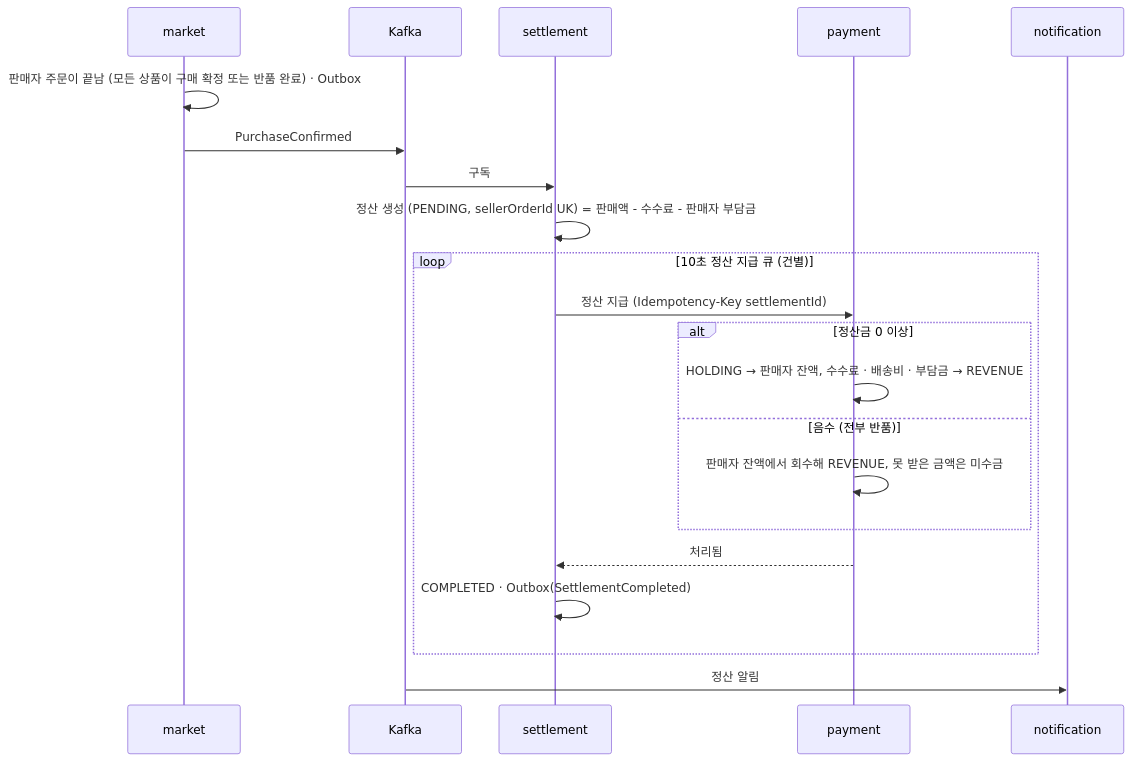
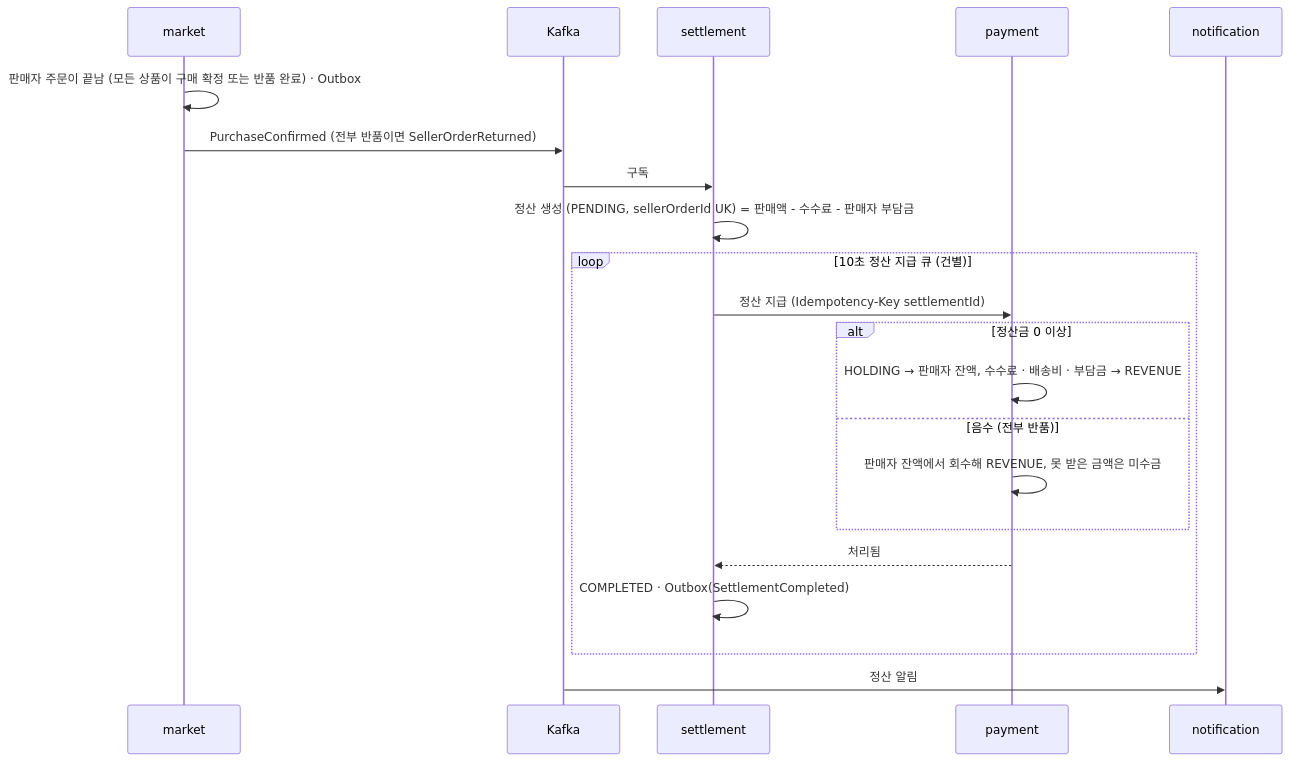
One commit to prgrms-be-adv-devcourse/beadv8_8_JustCommit_BE changed the diagram in docs/flows/confirm-settlement.md. Above: the diagram before and after it, drawn with Mermaid. The commit also changed other lines of this file and 8 other files, not shown here.

````diff
--- a/docs/flows/confirm-settlement.md
+++ b/docs/flows/confirm-settlement.md
@@ -8,23 +8,23 @@
 ```mermaid
 sequenceDiagram
     participant M as market
     participant K as Kafka
     participant S as settlement
     participant P as payment
     participant N as notification
     M->>M: 판매자 주문이 끝남 (모든 상품이 구매 확정 또는 반품 완료) · Outbox
-    M->>K: PurchaseConfirmed
+    M->>K: PurchaseConfirmed (전부 반품이면 SellerOrderReturned)
     K->>S: 구독
     S->>S: 정산 생성 (PENDING, sellerOrderId UK) = 판매액 - 수수료 - 판매자 부담금
     loop 10초 정산 지급 큐 (건별)
         S->>P: 정산 지급 (Idempotency-Key settlementId)
         alt 정산금 0 이상
             P->>P: HOLDING → 판매자 잔액, 수수료 · 배송비 · 부담금 → REVENUE
         else 음수 (전부 반품)
             P->>P: 판매자 잔액에서 회수해 REVENUE, 못 받은 금액은 미수금
         end
         P-->>S: 처리됨
         S->>S: COMPLETED · Outbox(SettlementCompleted)
     end
     K->>N: 정산 알림
 ```
````
